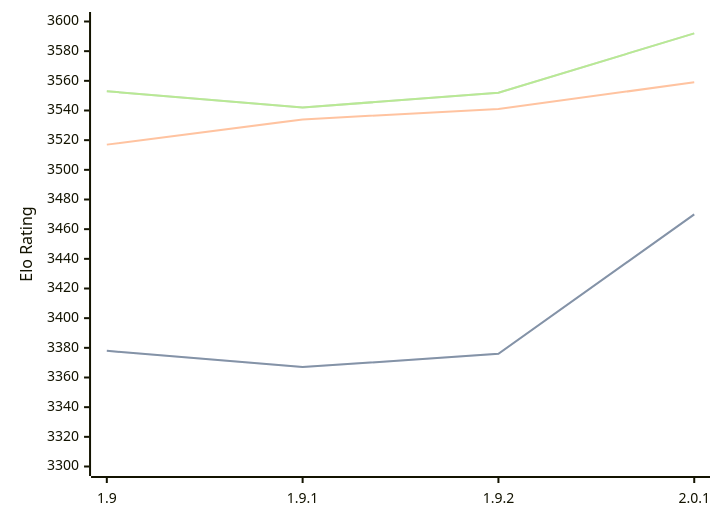
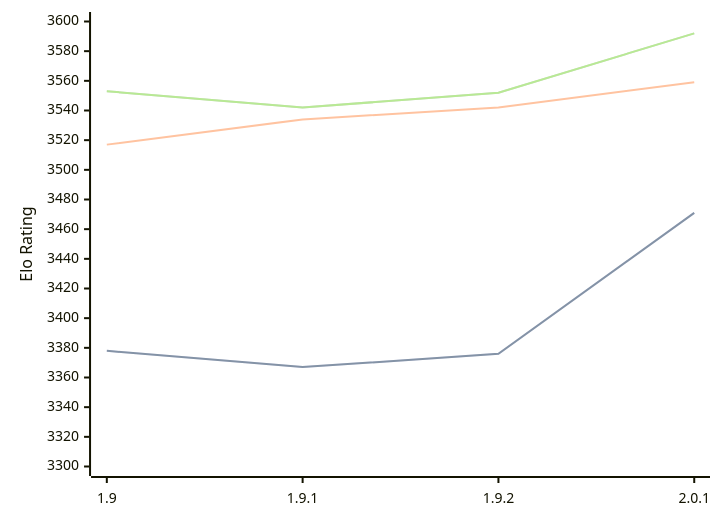
Before and after one commit to computer-chess-index/cci: the diagram in engines/Pawnocchio.md, drawn with Mermaid. The commit also changed other lines of this file, not shown here.

````diff
--- a/engines/Pawnocchio.md
+++ b/engines/Pawnocchio.md
@@ -36,11 +36,11 @@
 ```mermaid
 %%{init: {"theme":"base","themeVariables":{"seriesColors:['#a3a3a3','#222221','#faa371']}}}%%
 xychart-beta
   x-axis ["1.9", "1.9.1", "1.9.2", "2.0.1"]
   y-axis "Elo Rating" 3300 --> 3600
-  line "" [3378, 3367, 3376, 3470]
-  line "STC (8.0+0.08s)" [3378, 3367, 3376, 3470]
-  line "LTC (60.0+0.60s)" [3517, 3534, 3541, 3559]
+  line "" [3378, 3367, 3376, 3471]
+  line "STC (8.0+0.08s)" [3378, 3367, 3376, 3471]
+  line "LTC (60.0+0.60s)" [3517, 3534, 3542, 3559]
   line "" [3553, 3542, 3552, 3592]
   line "VLTC (2m24s+1.12s)" [3553, 3542, 3552, 3592]
 ```
````
